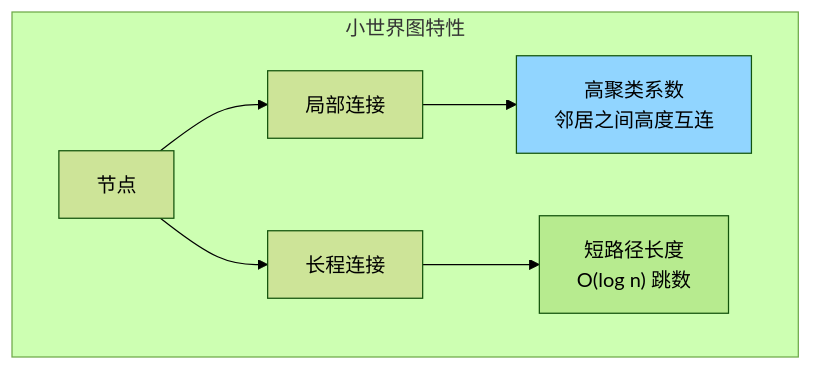
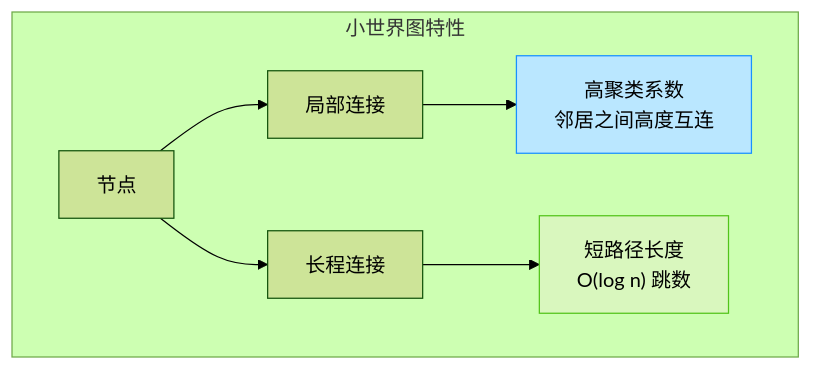
Before and after one commit to ThreeFish-AI/agentic-ai-cognizes: diagram 13 of 40 in docs/research/003-vector-search-algorithm.md, drawn with Mermaid (forest theme). The commit also changed other lines of this file, not shown here.

First line of the commit message:
docs(Research): 优化 LSH 章节说明与图表样式;

````diff
--- a/docs/research/003-vector-search-algorithm.md
+++ b/docs/research/003-vector-search-algorithm.md
@@ -542,12 +556,12 @@
 ```mermaid
 graph TB
     subgraph "小世界图特性"
         A[节点] --> B[局部连接]
         A --> C[长程连接]
         B --> D["高聚类系数<br/>邻居之间高度互连"]
         C --> E["短路径长度<br/>O(log n) 跳数"]
     end
 
-    style D fill:#91d5ff
-    style E fill:#b7eb8f
+    style D fill:#bae7ff,stroke:#1890ff,color:#000000
+    style E fill:#d9f7be,stroke:#52c41a,color:#000000
 ```
````
